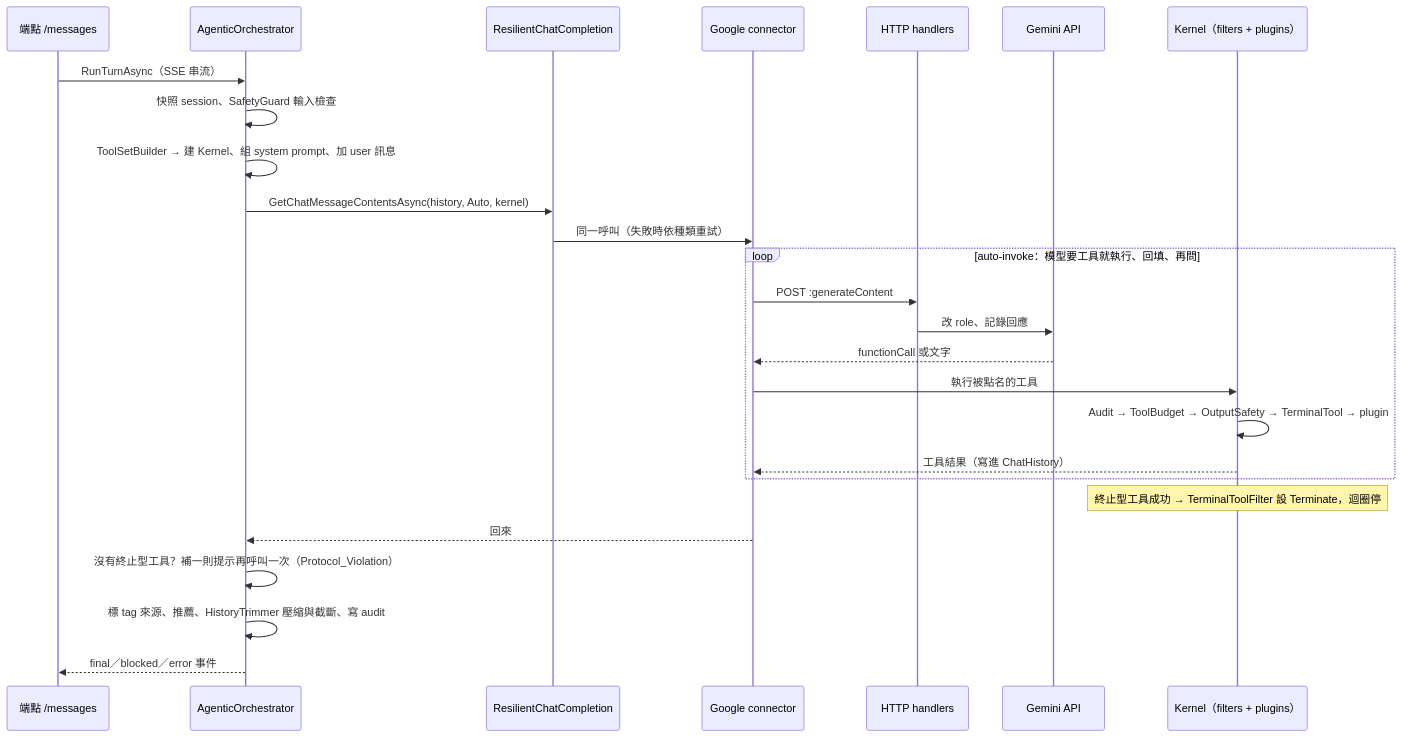
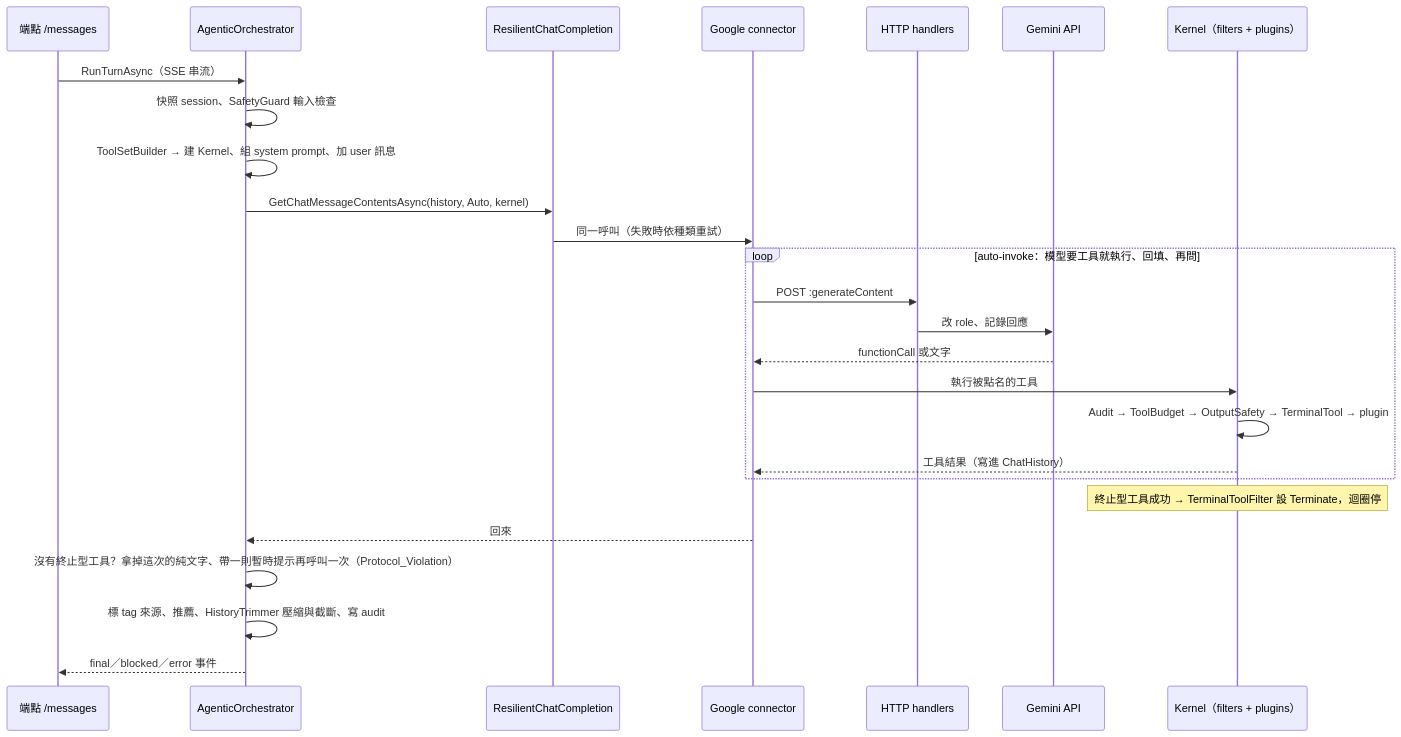
Before and after one commit to zhengjielin2018-web/GenAIPromptCopilot: the second of 2 diagrams in docs/SK架構說明.md, drawn with Mermaid. The commit also changed other lines of this file and 2 other files, not shown here.

````diff
--- a/docs/SK架構說明.md
+++ b/docs/SK架構說明.md
@@ -77,29 +77,29 @@
 ```mermaid
 sequenceDiagram
     participant E as 端點 /messages
     participant O as AgenticOrchestrator
     participant R as ResilientChatCompletion
     participant C as Google connector
     participant H as HTTP handlers
     participant G as Gemini API
     participant K as Kernel（filters + plugins）
 
     E->>O: RunTurnAsync（SSE 串流）
     O->>O: 快照 session、SafetyGuard 輸入檢查
     O->>O: ToolSetBuilder → 建 Kernel、組 system prompt、加 user 訊息
     O->>R: GetChatMessageContentsAsync(history, Auto, kernel)
     R->>C: 同一呼叫（失敗時依種類重試）
     loop auto-invoke：模型要工具就執行、回填、再問
         C->>H: POST :generateContent
         H->>G: 改 role、記錄回應
         G-->>C: functionCall 或文字
         C->>K: 執行被點名的工具
         K->>K: Audit → ToolBudget → OutputSafety → TerminalTool → plugin
         K-->>C: 工具結果（寫進 ChatHistory）
     end
     Note over K: 終止型工具成功 → TerminalToolFilter 設 Terminate，迴圈停
     C-->>O: 回來
-    O->>O: 沒有終止型工具？補一則提示再呼叫一次（Protocol_Violation）
+    O->>O: 沒有終止型工具？拿掉這次的純文字、帶一則暫時提示再呼叫一次（Protocol_Violation）
     O->>O: 標 tag 來源、推薦、HistoryTrimmer 壓縮與截斷、寫 audit
     O-->>E: final／blocked／error 事件
 ```
````
